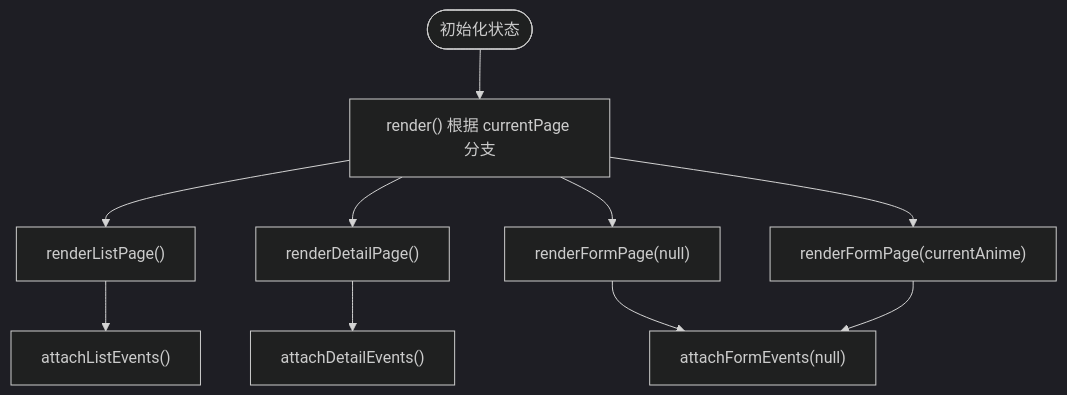
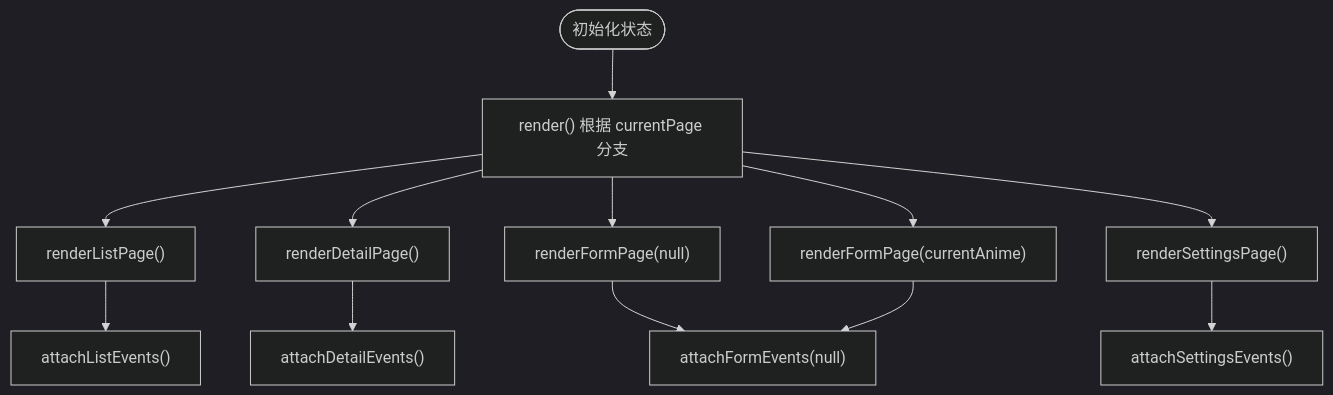
The seventh of 10 diagrams in .qoder/repowiki/zh/content/核心功能模块/用户界面组件.md (KAGUYA284/anima-list), drawn with Mermaid (dark theme) before and after one commit. The commit also changed other lines of this file and 17 other files, not shown here.

````diff
--- a/.qoder/repowiki/zh/content/核心功能模块/用户界面组件.md
+++ b/.qoder/repowiki/zh/content/核心功能模块/用户界面组件.md
@@ -228,12 +255,14 @@
 ```mermaid
 flowchart TD
 Init(["初始化状态"]) --> Render["render() 根据 currentPage 分支"]
 Render --> List["renderListPage()"]
 Render --> Detail["renderDetailPage()"]
 Render --> Add["renderFormPage(null)"]
 Render --> Edit["renderFormPage(currentAnime)"]
+Render --> Settings["renderSettingsPage()"]
 List --> BindList["attachListEvents()"]
 Detail --> BindDetail["attachDetailEvents()"]
 Add --> BindForm["attachFormEvents(null)"]
 Edit --> BindForm
+Settings --> BindSettings["attachSettingsEvents()"]
 ```
````
